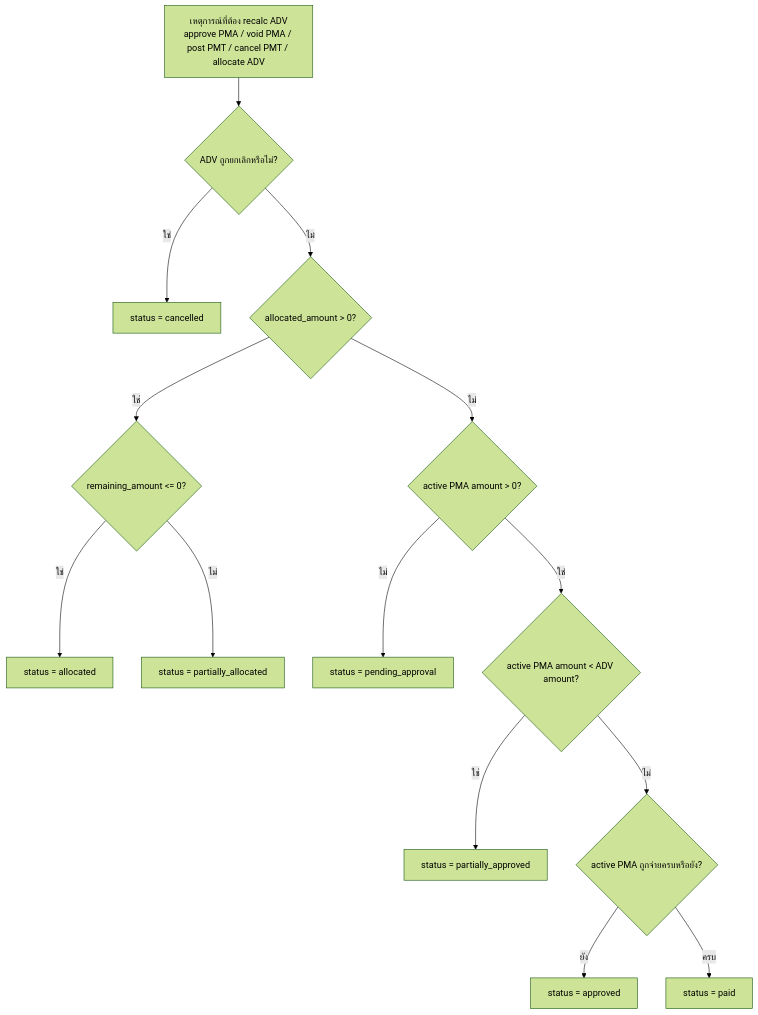
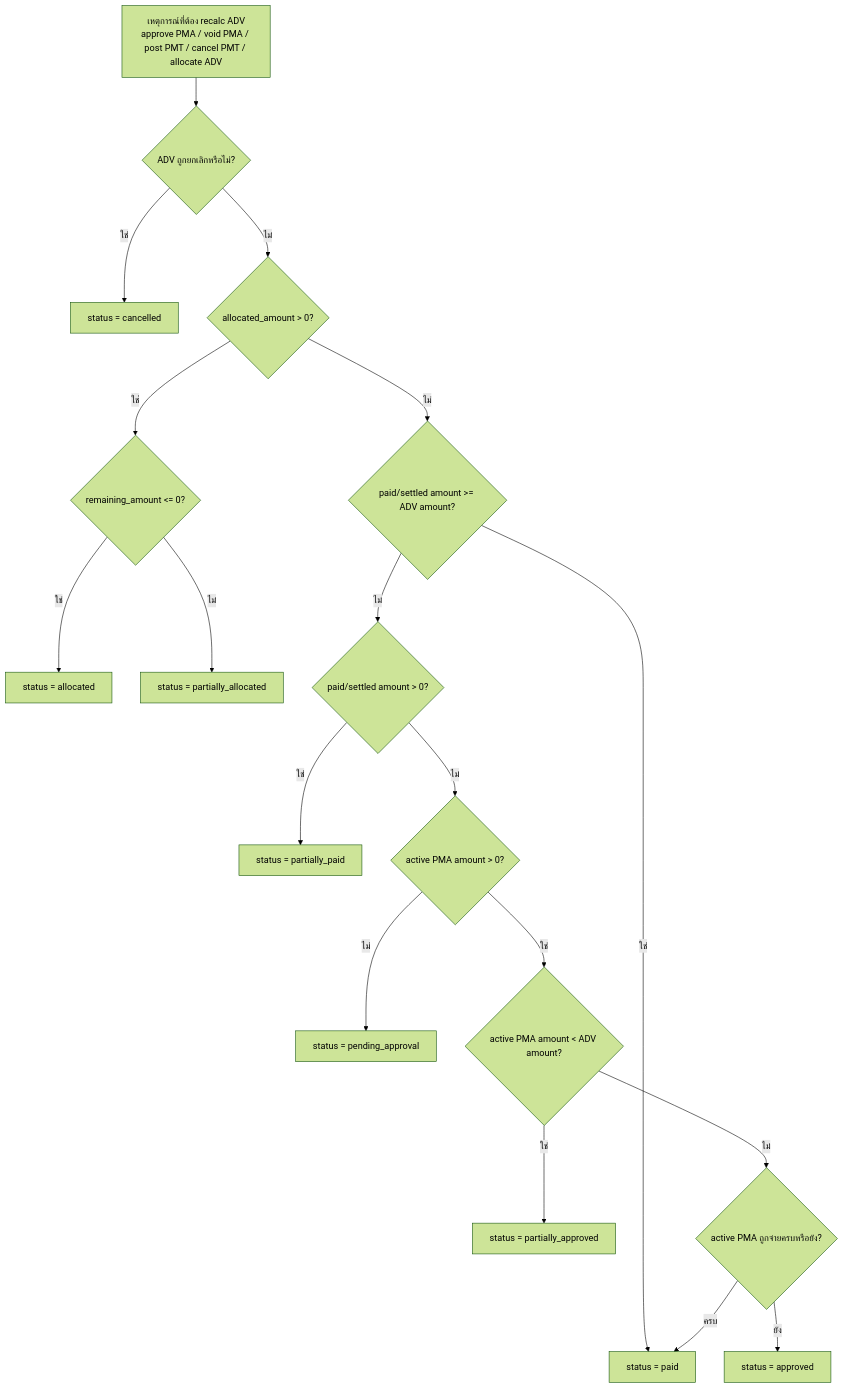
One commit to terner/new-ns-scrap-erp changed the second of 2 diagrams in docs/notes/Payment Flow.md. Above: the diagram before and after it, drawn with Mermaid (forest theme). The commit also changed other lines of this file and 31 other files, not shown here.

Commit message:
Update purchase bill and advance payment flows

````diff
--- a/docs/notes/Payment Flow.md
+++ b/docs/notes/Payment Flow.md
@@ -291,17 +292,21 @@
 ```mermaid
 flowchart TD
   Start[เหตุการณ์ที่ต้อง recalc ADV<br/>approve PMA / void PMA / post PMT / cancel PMT / allocate ADV]
   Start --> Cancelled{ADV ถูกยกเลิกหรือไม่?}
   Cancelled -- ใช่ --> SCancelled[status = cancelled]
   Cancelled -- ไม่ --> Allocated{allocated_amount > 0?}
   Allocated -- ใช่ --> FullyAllocated{remaining_amount <= 0?}
   FullyAllocated -- ใช่ --> SAllocated[status = allocated]
   FullyAllocated -- ไม่ --> SPartiallyAllocated[status = partially_allocated]
-  Allocated -- ไม่ --> ActivePma{active PMA amount > 0?}
+  Allocated -- ไม่ --> FullyPaid{paid/settled amount >= ADV amount?}
+  FullyPaid -- ใช่ --> SPaid[status = paid]
+  FullyPaid -- ไม่ --> PartiallyPaid{paid/settled amount > 0?}
+  PartiallyPaid -- ใช่ --> SPartiallyPaid[status = partially_paid]
+  PartiallyPaid -- ไม่ --> ActivePma{active PMA amount > 0?}
   ActivePma -- ไม่ --> SPending[status = pending_approval]
   ActivePma -- ใช่ --> PartialPma{active PMA amount < ADV amount?}
   PartialPma -- ใช่ --> SPartiallyApproved[status = partially_approved]
   PartialPma -- ไม่ --> Settled{active PMA ถูกจ่ายครบหรือยัง?}
   Settled -- ยัง --> SApproved[status = approved]
   Settled -- ครบ --> SPaid[status = paid]
 ```
````
